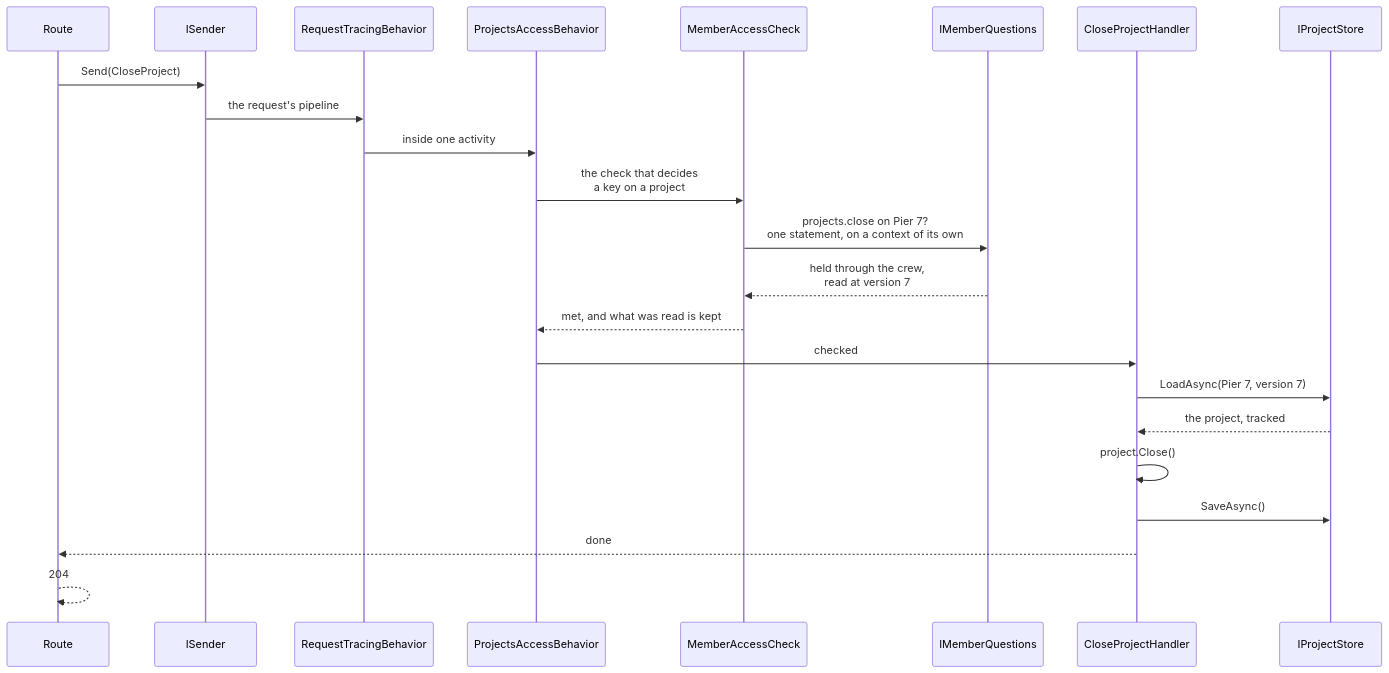
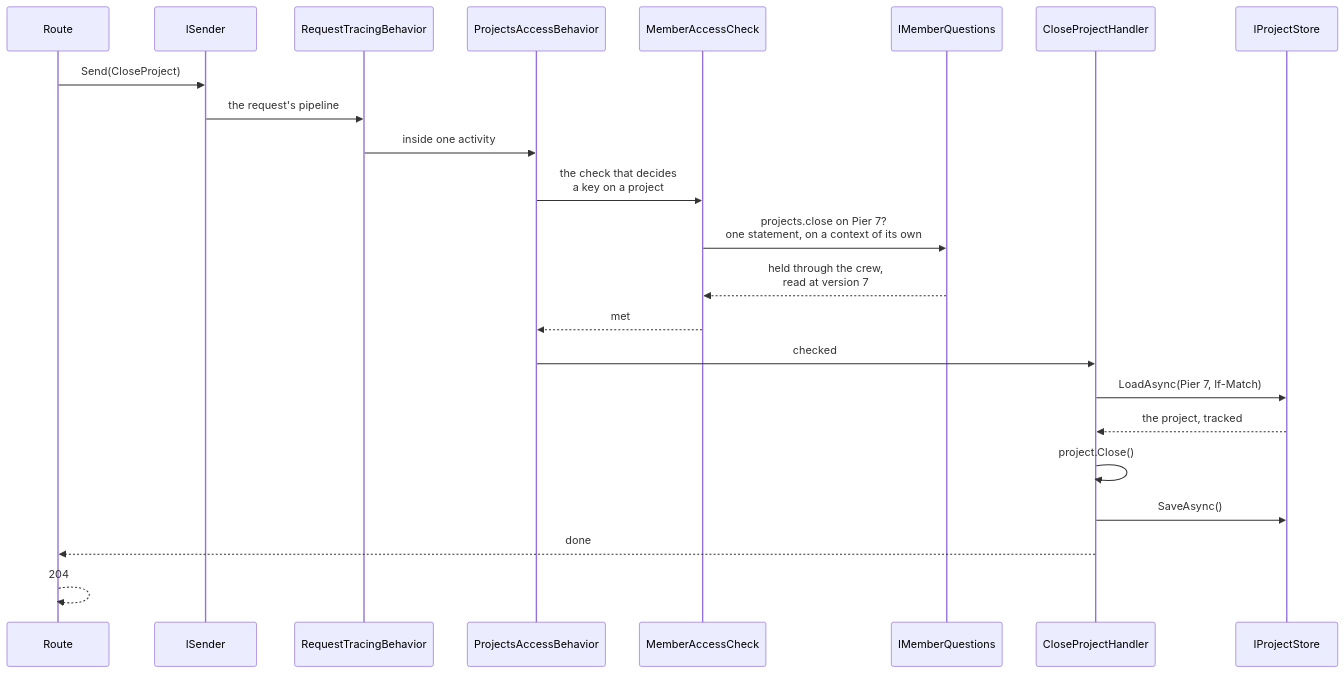
Before and after one commit to DylanSnel/DDDToolkit: the ninth of 17 diagrams in docs/tenancy.md, drawn with Mermaid. The commit also changed other lines of this file and 65 other files, not shown here.

````diff
--- a/docs/tenancy.md
+++ b/docs/tenancy.md
@@ -1780,26 +1780,26 @@
 ```mermaid
 sequenceDiagram
     participant Route
     participant ISender
     participant RequestTracing as RequestTracingBehavior
     participant Behavior as ProjectsAccessBehavior
     participant Check as MemberAccessCheck
     participant Questions as IMemberQuestions
     participant Handler as CloseProjectHandler
     participant IProjectStore
 
     Route->>ISender: Send(CloseProject)
     ISender->>RequestTracing: the request's pipeline
     RequestTracing->>Behavior: inside one activity
     Behavior->>Check: the check that decides<br/>a key on a project
     Check->>Questions: projects.close on Pier 7?<br/>one statement, on a context of its own
     Questions-->>Check: held through the crew,<br/>read at version 7
-    Check-->>Behavior: met, and what was read is kept
+    Check-->>Behavior: met
     Behavior->>Handler: checked
-    Handler->>IProjectStore: LoadAsync(Pier 7, version 7)
+    Handler->>IProjectStore: LoadAsync(Pier 7, If-Match)
     IProjectStore-->>Handler: the project, tracked
     Handler->>Handler: project.Close()
     Handler->>IProjectStore: SaveAsync()
     Handler-->>Route: done
     Route-->>Route: 204
 ```
````
